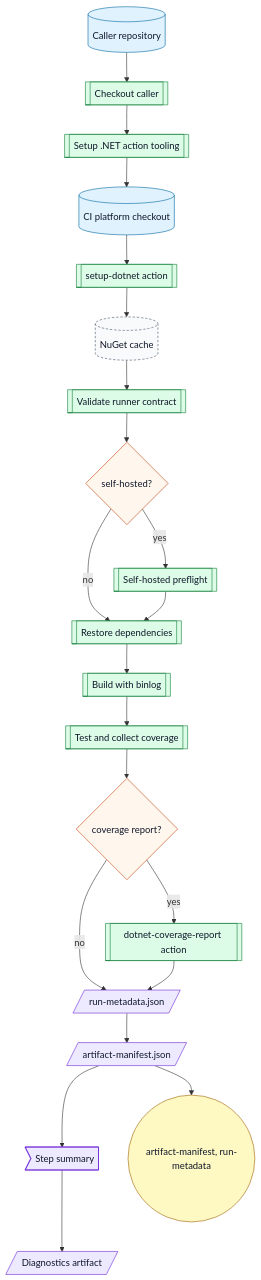
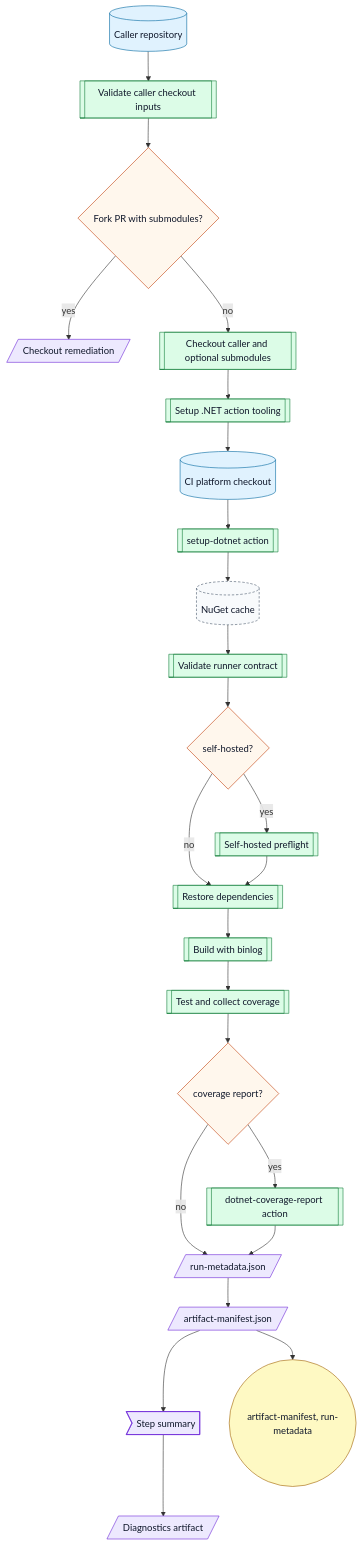
The second of 17 diagrams in docs/workflow-catalog.md (ArkanisCorporation/ci), drawn with Mermaid before and after one commit. The commit also changed other lines of this file and 9 other files, not shown here.

````diff
--- a/docs/workflow-catalog.md
+++ b/docs/workflow-catalog.md
@@ -681,35 +718,38 @@
 ```mermaid
 flowchart TD
-  caller[("Caller repository")] --> checkout[[Checkout caller]]
+  caller[("Caller repository")] --> checkoutInput[[Validate caller checkout inputs]]
+  checkoutInput --> fork{Fork PR with submodules?}
+  fork -->|yes| checkoutFailure[/Checkout remediation/]
+  fork -->|no| checkout[[Checkout caller and optional submodules]]
   checkout --> tooling[[Setup .NET action tooling]]
   tooling --> platform[("CI platform checkout")]
   platform --> setup[[setup-dotnet action]]
   setup --> cache[("NuGet cache")]
   cache --> validate[[Validate runner contract]]
   validate --> preflight{self-hosted?}
   preflight -->|yes| sh[[Self-hosted preflight]]
   preflight -->|no| restore[[Restore dependencies]]
   sh --> restore
   restore --> build[[Build with binlog]]
   build --> test[[Test and collect coverage]]
   test --> coverage{coverage report?}
   coverage -->|yes| report[[dotnet-coverage-report action]]
   coverage -->|no| metadata[/run-metadata.json/]
   report --> metadata
   metadata --> manifest[/artifact-manifest.json/]
   manifest --> summary>Step summary]
   summary --> diagnostics[/Diagnostics artifact/]
   manifest --> outputs(("artifact-manifest, run-metadata"))
   classDef repo fill:#e0f2fe,stroke:#0369a1,color:#0f172a
   classDef action fill:#dcfce7,stroke:#15803d,color:#0f172a
   classDef decision fill:#fff7ed,stroke:#c2410c,color:#0f172a
   classDef artifact fill:#ede9fe,stroke:#6d28d9,color:#0f172a
   classDef output fill:#fef9c3,stroke:#a16207,color:#0f172a
   classDef external fill:#f8fafc,stroke:#475569,stroke-dasharray: 4 3,color:#0f172a
   class caller,platform repo
-  class checkout,tooling,setup,validate,sh,restore,build,test,report action
-  class preflight,coverage decision
-  class metadata,manifest,summary,diagnostics artifact
+  class checkoutInput,checkout,tooling,setup,validate,sh,restore,build,test,report action
+  class fork,preflight,coverage decision
+  class checkoutFailure,metadata,manifest,summary,diagnostics artifact
   class outputs output
   class cache external
 ```
````
